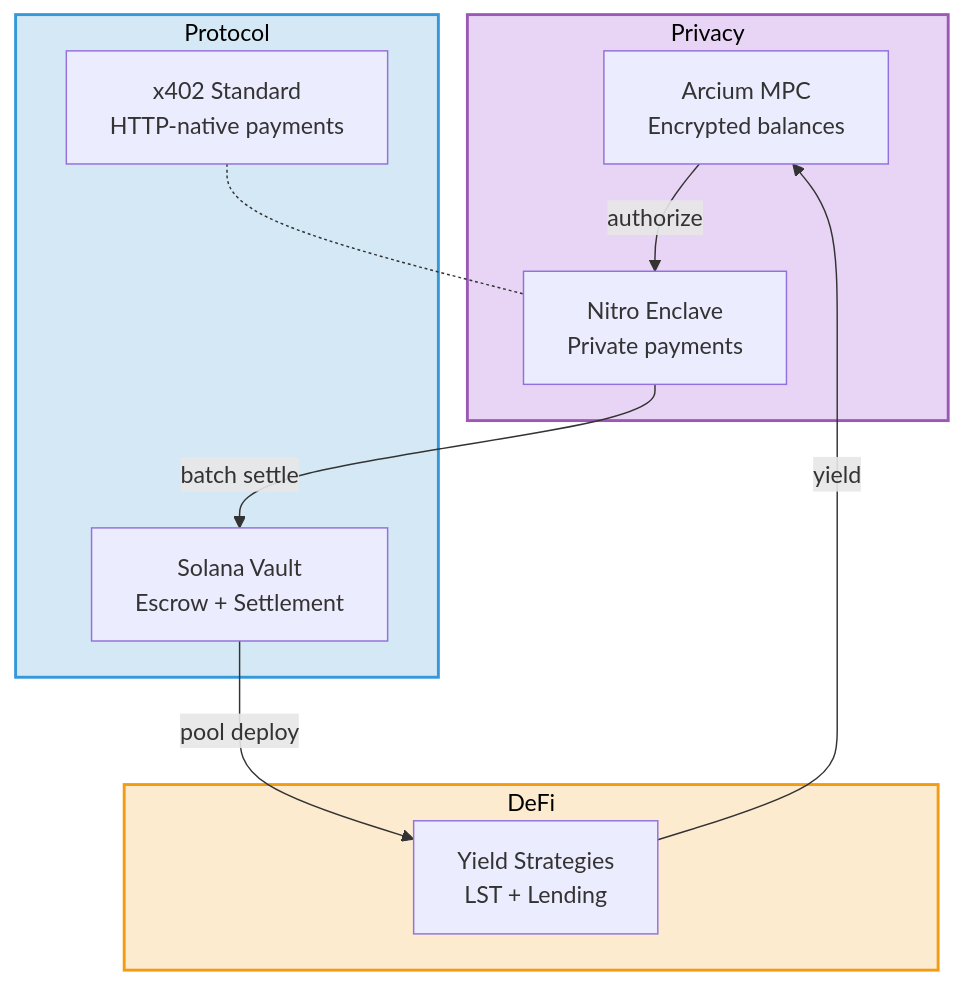
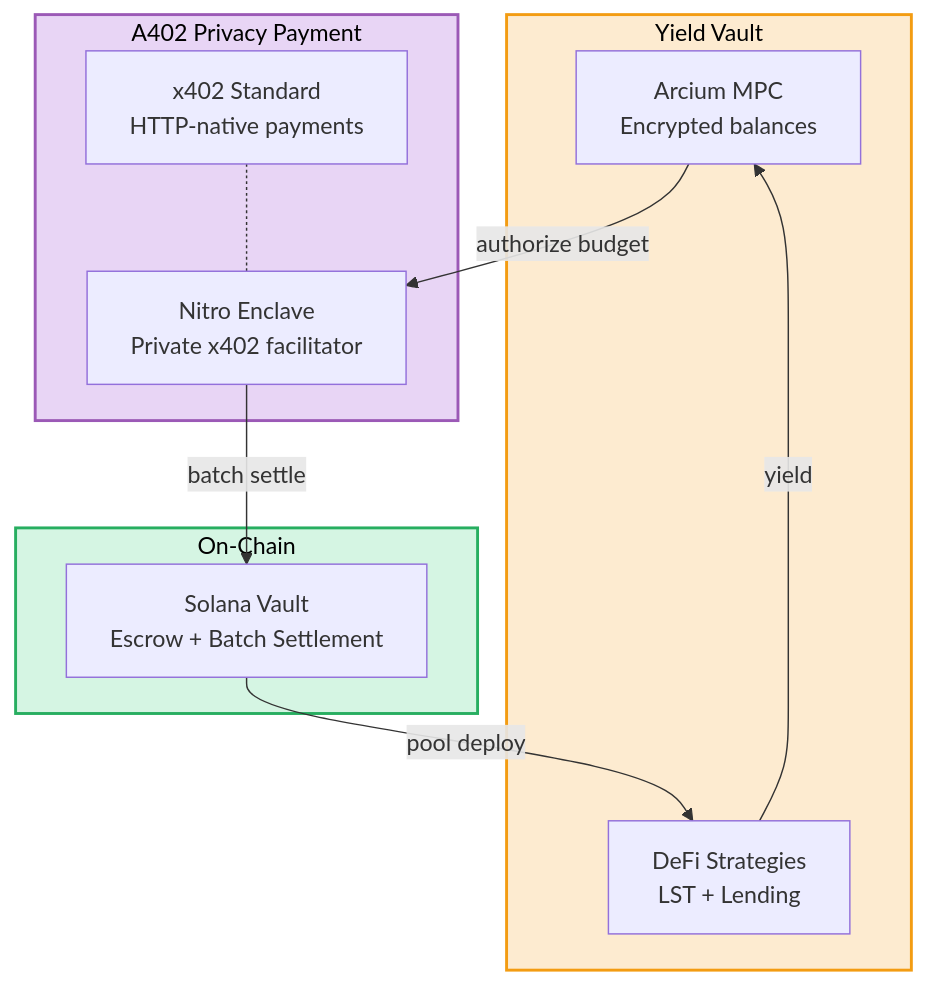
Before and after one commit to SublyFi/privacy-x402: the fifth of 5 diagrams in docs/architecture-public.md, drawn with Mermaid. The commit also changed other lines of this file, not shown here.

First line of the commit message:
Fix public diagrams: separate Yield Vault from A402

````diff
--- a/docs/architecture-public.md
+++ b/docs/architecture-public.md
@@ -86,26 +95,26 @@
 ```mermaid
 graph TB
-    subgraph privacy["Privacy"]
+    subgraph yield_vault["Yield Vault"]
         MPC["Arcium MPC\nEncrypted balances"]
-        TEE["Nitro Enclave\nPrivate payments"]
+        YIELD["DeFi Strategies\nLST + Lending"]
     end
 
-    subgraph protocol["Protocol"]
+    subgraph a402_layer["A402 Privacy Payment"]
+        TEE["Nitro Enclave\nPrivate x402 facilitator"]
         X402["x402 Standard\nHTTP-native payments"]
-        VAULT["Solana Vault\nEscrow + Settlement"]
+        X402 -.- TEE
     end
 
-    subgraph defi["DeFi"]
-        YIELD["Yield Strategies\nLST + Lending"]
+    subgraph settlement["On-Chain"]
+        VAULT["Solana Vault\nEscrow + Batch Settlement"]
     end
 
-    MPC -- "authorize" --> TEE
-    TEE -- "batch settle" --> VAULT
+    MPC -- "authorize budget" --> TEE
     VAULT -- "pool deploy" --> YIELD
     YIELD -- "yield" --> MPC
-    X402 -.- TEE
+    TEE -- "batch settle" --> VAULT
 
-    style privacy fill:#e8d5f5,stroke:#9b59b6,stroke-width:2px,color:#000
-    style protocol fill:#d5e8f5,stroke:#3498db,stroke-width:2px,color:#000
-    style defi fill:#fdebd0,stroke:#f39c12,stroke-width:2px,color:#000
+    style yield_vault fill:#fdebd0,stroke:#f39c12,stroke-width:2px,color:#000
+    style a402_layer fill:#e8d5f5,stroke:#9b59b6,stroke-width:2px,color:#000
+    style settlement fill:#d5f5e3,stroke:#27ae60,stroke-width:2px,color:#000
 ```
````
